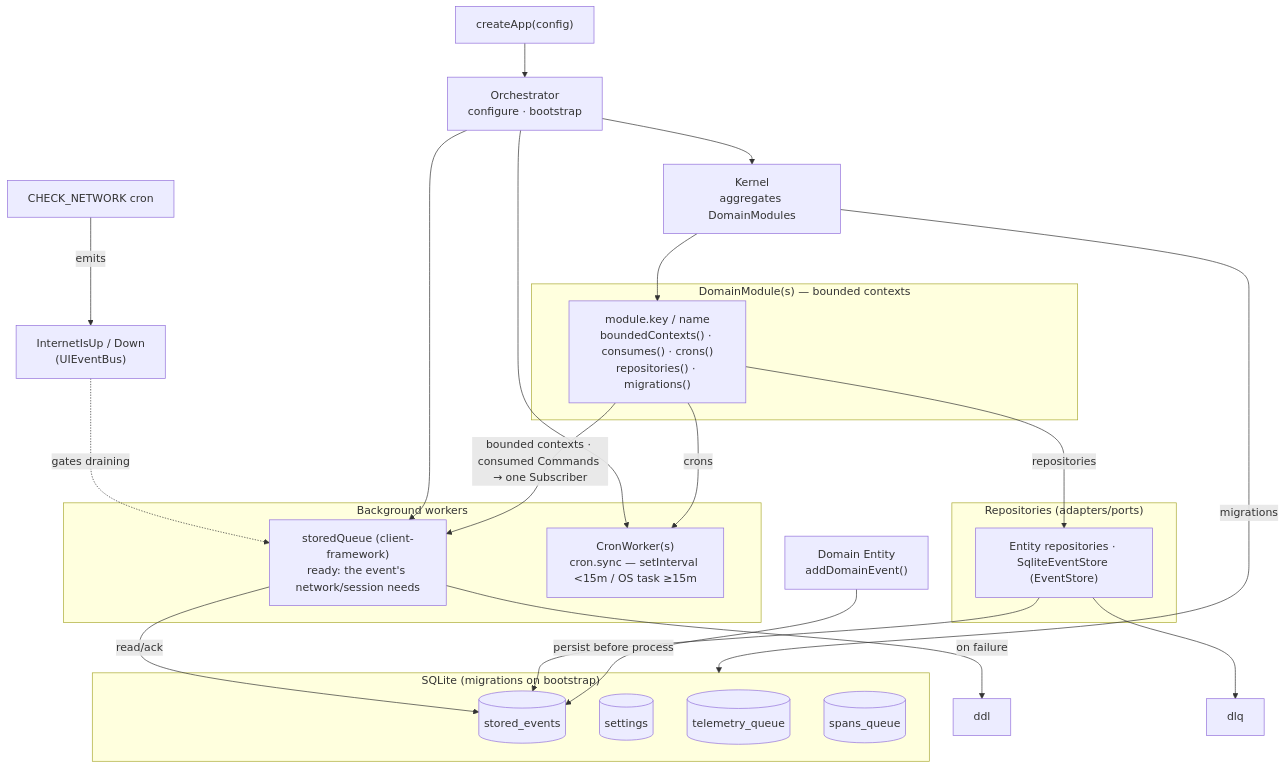
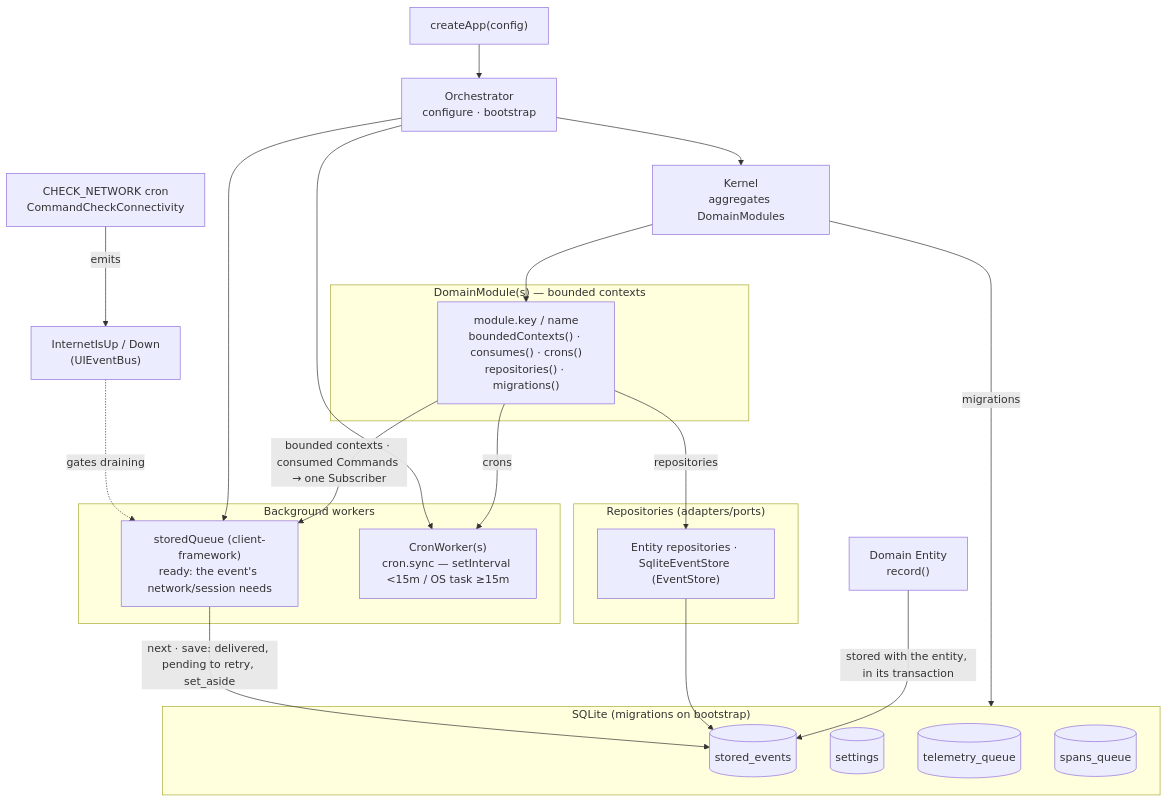
One commit to Sincpro-SRL/sincpro_mobile changed the first of 2 diagrams in README.md. Above: the diagram before and after it, drawn with Mermaid. The commit also changed other lines of this file, not shown here.

First line of the commit message:
docs(#65): the README teaches the entity's real events API and the queue's real states

````diff
--- a/README.md
+++ b/README.md
@@ -156,42 +156,40 @@
 ```mermaid
 flowchart TB
     createApp["createApp(config)"] --> orch["Orchestrator<br/>configure · bootstrap"]
     orch --> kernel["Kernel<br/>aggregates DomainModules"]
 
     subgraph MODULES["DomainModule(s) — bounded contexts"]
         mod["module.key / name<br/>boundedContexts() · consumes() · crons()<br/>repositories() · migrations()"]
     end
     kernel --> mod
 
     subgraph WORKERS["Background workers"]
         qp["storedQueue (client-framework)<br/>ready: the event's network/session needs"]
         crons["CronWorker(s)<br/>cron.sync — setInterval &lt;15m / OS task ≥15m"]
     end
 
     subgraph STORE["SQLite (migrations on bootstrap)"]
         de[("stored_events")]
         settings[("settings")]
         tq[("telemetry_queue")]
         sq[("spans_queue")]
     end
 
     subgraph REPOS["Repositories (adapters/ports)"]
         repo["Entity repositories · SqliteEventStore (EventStore)"]
     end
 
-    netcron["CHECK_NETWORK cron"] -->|emits| netev["InternetIsUp / Down<br/>(UIEventBus)"]
+    netcron["CHECK_NETWORK cron<br/>CommandCheckConnectivity"] -->|emits| netev["InternetIsUp / Down<br/>(UIEventBus)"]
     netev -.->|gates draining| qp
 
     orch --> qp
     orch --> crons
     kernel -->|migrations| STORE
     mod -->|bounded contexts · consumed Commands → one Subscriber| qp
     mod -->|crons| crons
     mod -->|repositories| repo
 
-    qp -->|read/ack| de
-    qp -->|on failure| ddl
+    qp -->|next · save: delivered, pending to retry, set_aside| de
     repo --> de
-    repo --> dlq
-    entity["Domain Entity<br/>addDomainEvent()"] -->|persist before process| de
+    entity["Domain Entity<br/>record()"] -->|stored with the entity, in its transaction| de
 ```
````
